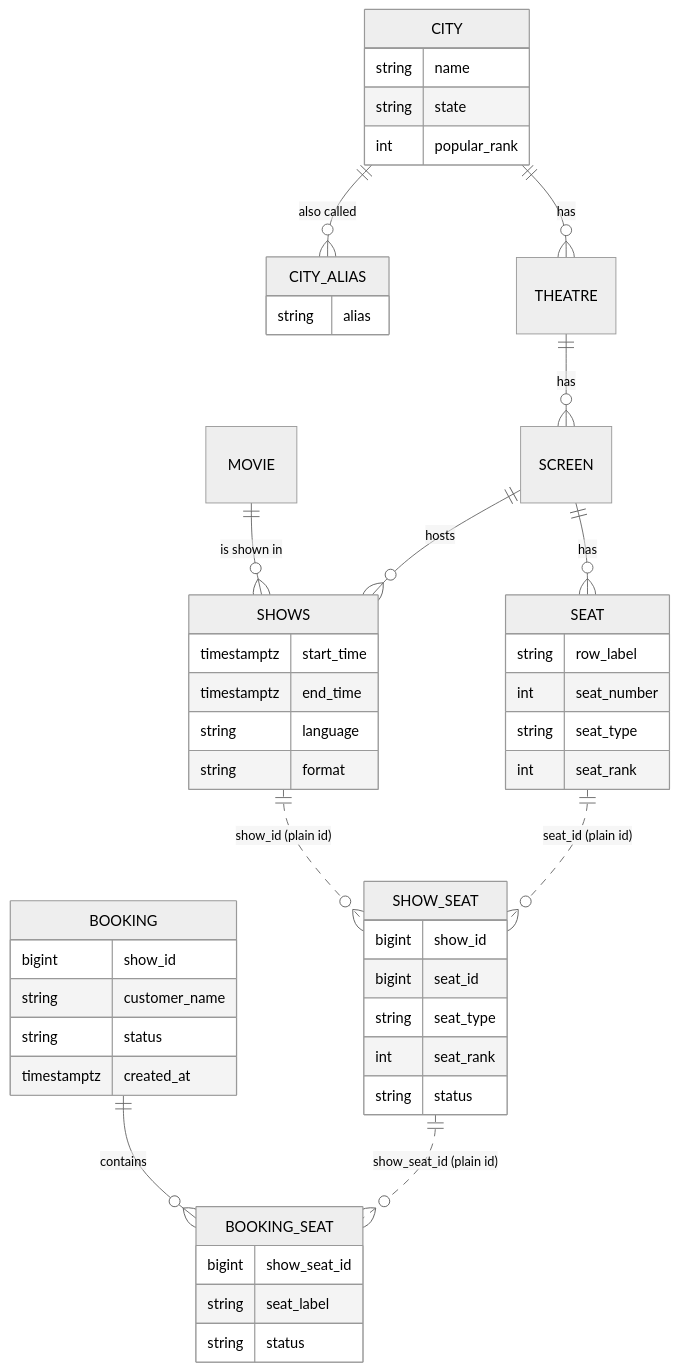
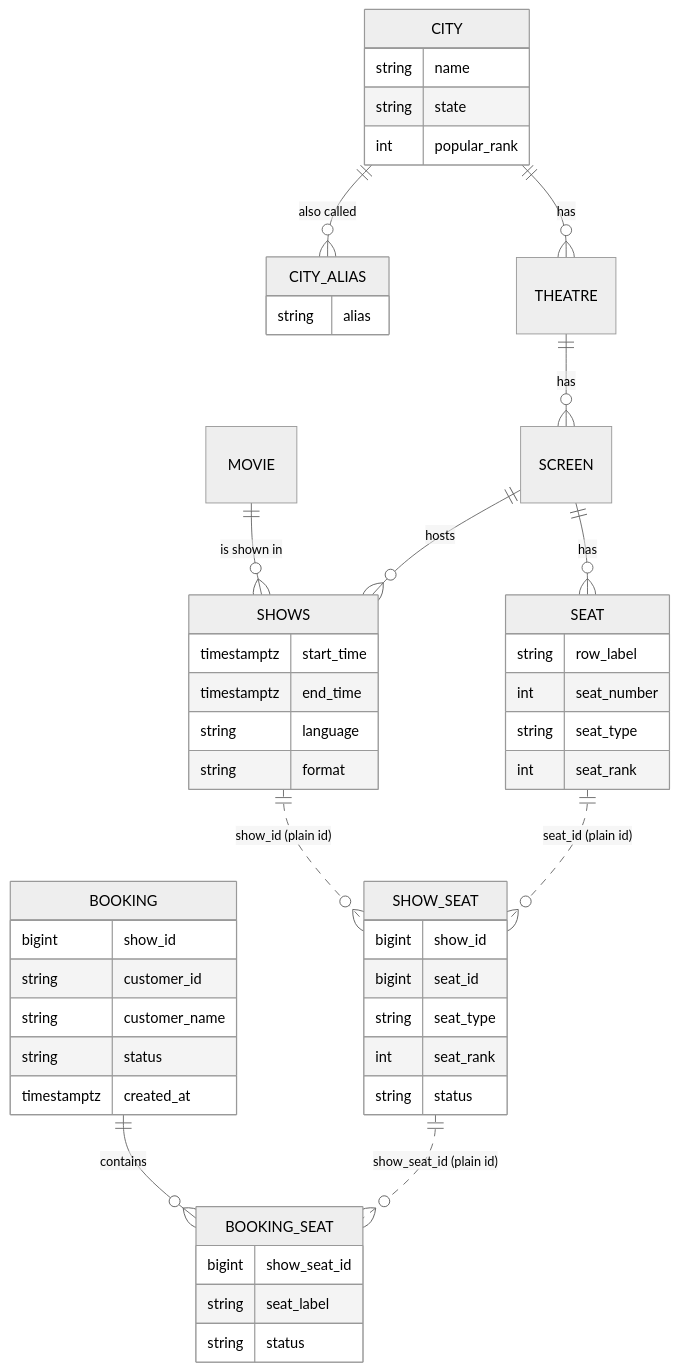
Before and after one commit to GopiSVDev/seat-lock: the third of 3 diagrams in README.md, drawn with Mermaid (neutral theme). The commit also changed other lines of this file and 12 other files, not shown here.

````diff
--- a/README.md
+++ b/README.md
@@ -240,52 +242,53 @@
 ```mermaid
 erDiagram
     CITY ||--o{ CITY_ALIAS : "also called"
     CITY ||--o{ THEATRE : has
     THEATRE ||--o{ SCREEN : has
     SCREEN ||--o{ SEAT : has
     MOVIE ||--o{ SHOWS : "is shown in"
     SCREEN ||--o{ SHOWS : hosts
     SHOWS ||..o{ SHOW_SEAT : "show_id (plain id)"
     SEAT ||..o{ SHOW_SEAT : "seat_id (plain id)"
     BOOKING ||--o{ BOOKING_SEAT : contains
     SHOW_SEAT ||..o{ BOOKING_SEAT : "show_seat_id (plain id)"
 
     CITY {
         string name
         string state
         int popular_rank
     }
     CITY_ALIAS {
         string alias
     }
     SEAT {
         string row_label
         int seat_number
         string seat_type
         int seat_rank
     }
     SHOWS {
         timestamptz start_time
         timestamptz end_time
         string language
         string format
     }
     SHOW_SEAT {
         bigint show_id
         bigint seat_id
         string seat_type
         int seat_rank
         string status
     }
     BOOKING {
         bigint show_id
+        string customer_id
         string customer_name
         string status
         timestamptz created_at
     }
     BOOKING_SEAT {
         bigint show_seat_id
         string seat_label
         string status
     }
 ```
````
